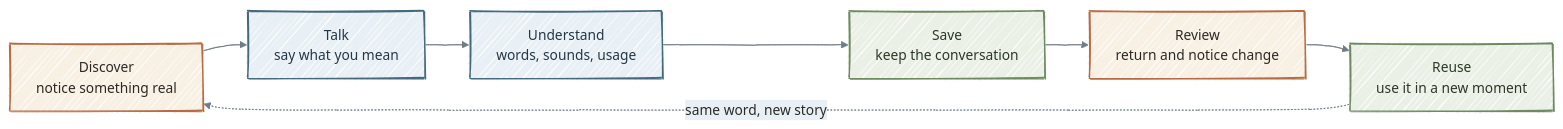
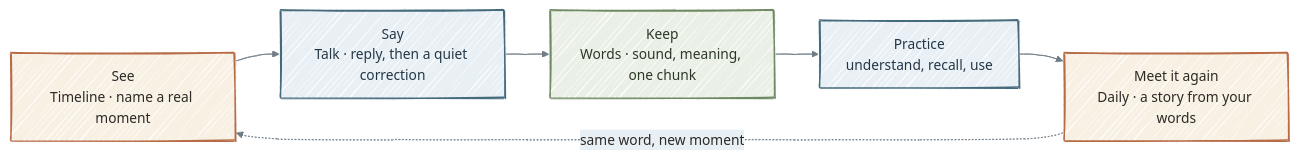
One commit to ZhangPeibin/Named changed the first of 4 diagrams in README.md. Above: the diagram before and after it, drawn with Mermaid. The commit also changed other lines of this file, not shown here.

````diff
--- a/README.md
+++ b/README.md
@@ -7,31 +15,30 @@
 ```mermaid
 %%{init: {
   "theme": "base",
   "look": "handDrawn",
   "themeVariables": {
     "background": "#FBF8F2",
     "primaryColor": "#F7F0E3",
     "primaryTextColor": "#2D2A26",
     "primaryBorderColor": "#B86B45",
     "lineColor": "#6F7C86",
     "secondaryColor": "#E8F0F5",
     "tertiaryColor": "#EDE9F7",
     "fontFamily": "ui-rounded, Trebuchet MS, sans-serif"
   }
 }}%%
 flowchart LR
-    D["Discover<br/>notice something real"] --> T["Talk<br/>say what you mean"]
-    T --> U["Understand<br/>words, sounds, usage"]
-    U --> S["Save<br/>keep the conversation"]
-    S --> R["Review<br/>return and notice change"]
-    R --> Reuse["Reuse<br/>use it in a new moment"]
-    Reuse -.->|same word, new story| D
+    See["See<br/>Timeline · name a real moment"] --> Say["Say<br/>Talk · reply, then a quiet correction"]
+    Say --> Keep["Keep<br/>Words · sound, meaning, one chunk"]
+    Keep --> Practice["Practice<br/>understand, recall, use"]
+    Practice --> Meet["Meet it again<br/>Daily · a story from your words"]
+    Meet -.->|same word, new moment| See
 
     classDef warm fill:#F7F0E3,stroke:#B86B45,stroke-width:1.7px,color:#2D2A26
     classDef blue fill:#E8F0F5,stroke:#456A7C,stroke-width:1.7px,color:#243746
     classDef sage fill:#EAF0E5,stroke:#6F8A62,stroke-width:1.7px,color:#2C3828
     classDef lavender fill:#EDE9F7,stroke:#7A6AA6,stroke-width:1.7px,color:#30294A
-    class D,R warm
-    class T,U blue
-    class S,Reuse sage
+    class See,Meet warm
+    class Say,Practice blue
+    class Keep sage
 ```
````
